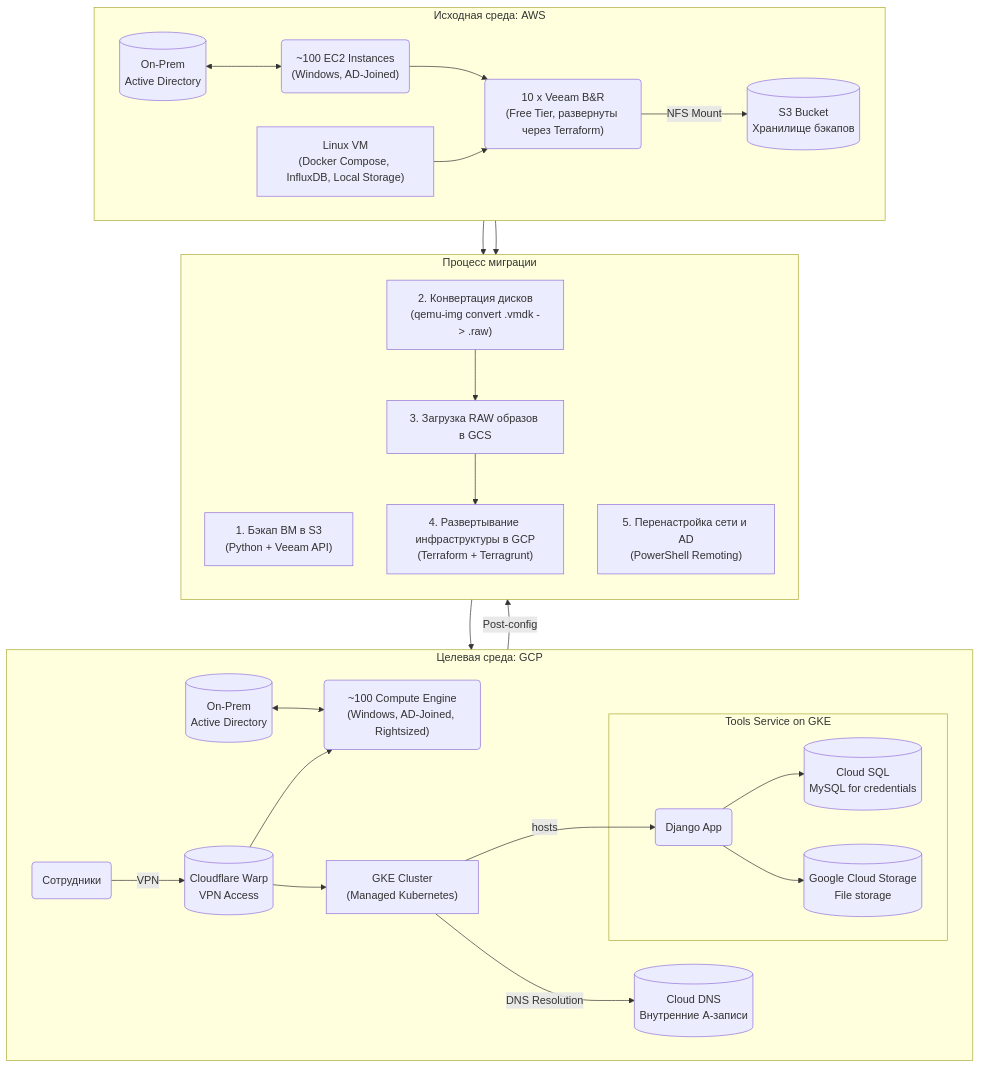
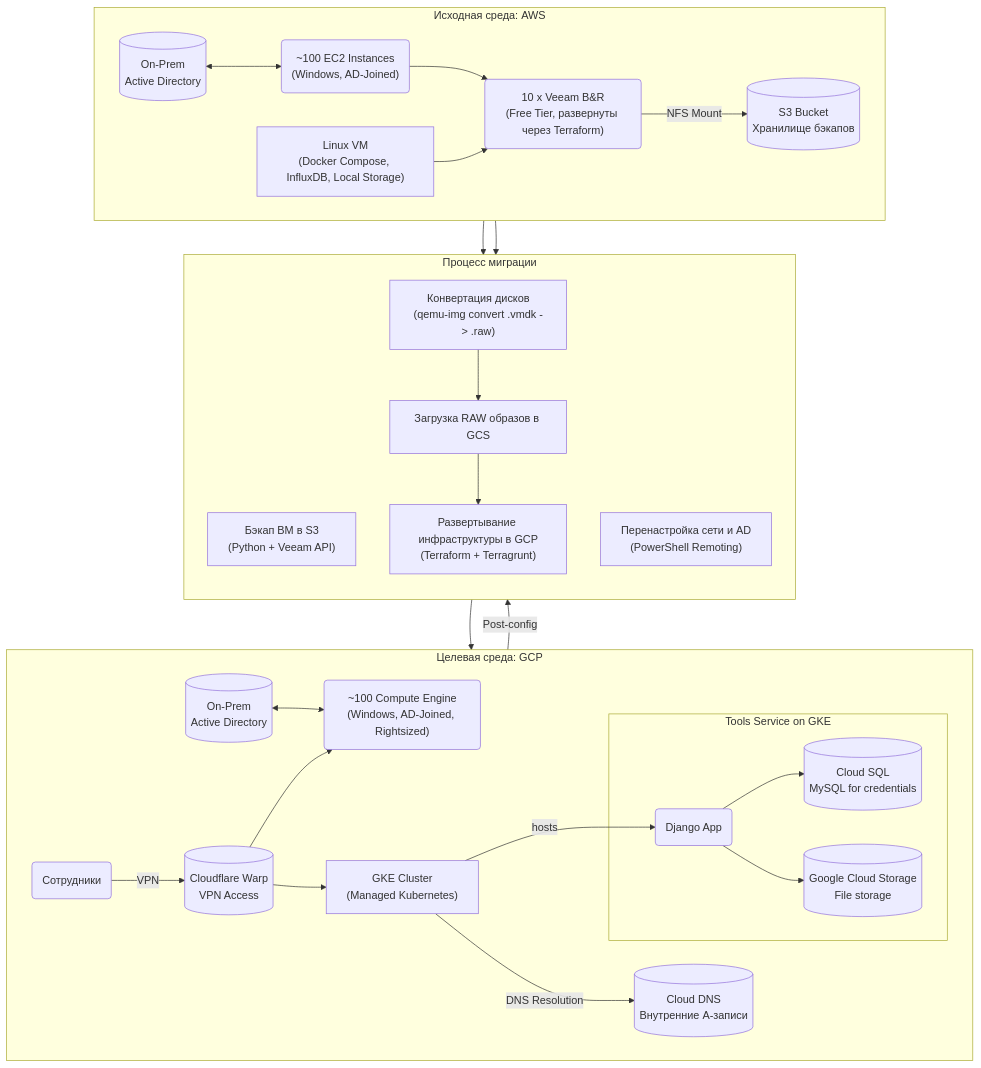
The diagram in README.md (NeverTheSame/Y-TDD), drawn with Mermaid before and after one commit.

````diff
--- a/README.md
+++ b/README.md
@@ -64,56 +64,56 @@
 ```mermaid
 graph TD;
     subgraph "Исходная среда: AWS"
         direction LR
         A_AD[("On-Prem<br>Active Directory")]
         A_EC2("~100 EC2 Instances<br>(Windows, AD-Joined)")
         A_Tools["Linux VM<br>(Docker Compose, InfluxDB, Local Storage)"]
         A_Veeam("10 x Veeam B&R<br>(Free Tier, развернуты через Terraform)")
         A_S3[("S3 Bucket<br>Хранилище бэкапов")]
 
         A_AD <--> A_EC2;
         A_EC2 --> A_Veeam;
         A_Tools --> A_Veeam;
         A_Veeam -- NFS Mount --> A_S3;
     end
 
     subgraph "Целевая среда: GCP"
         direction LR
         G_AD[("On-Prem<br>Active Directory")]
         G_GCE("~100 Compute Engine<br>(Windows, AD-Joined, Rightsized)")
         G_GKE["GKE Cluster<br>(Managed Kubernetes)"]
         G_CloudSQL[("Cloud SQL<br>MySQL for credentials")]
         G_GCS[("Google Cloud Storage<br>File storage")]
         G_CloudDNS[("Cloud DNS<br>Внутренние A-записи")]
         G_Warp[("Cloudflare Warp<br>VPN Access")]
 
         subgraph "Tools Service on GKE"
             G_Django("Django App")
             G_Django --> G_CloudSQL;
             G_Django --> G_GCS;
         end
 
         G_GKE -- hosts --> G_Django;
         G_AD <--> G_GCE;
         G_Users("Сотрудники") -- VPN --> G_Warp;
         G_Warp --> G_GCE;
         G_Warp --> G_GKE;
         G_GKE -- DNS Resolution --> G_CloudDNS;
     end
 
     subgraph "Процесс миграции"
         direction TB
-        P1["1. Бэкап ВМ в S3<br>(Python + Veeam API)"]
-        P2["2. Конвертация дисков<br>(qemu-img convert .vmdk -> .raw)"]
-        P3["3. Загрузка RAW образов в GCS"]
-        P4["4. Развертывание инфраструктуры в GCP<br>(Terraform + Terragrunt)"]
-        P5["5. Перенастройка сети и AD<br>(PowerShell Remoting)"]
+        P1["Бэкап ВМ в S3<br>(Python + Veeam API)"]
+        P2["Конвертация дисков<br>(qemu-img convert .vmdk -> .raw)"]
+        P3["Загрузка RAW образов в GCS"]
+        P4["Развертывание инфраструктуры в GCP<br>(Terraform + Terragrunt)"]
+        P5["Перенастройка сети и AD<br>(PowerShell Remoting)"]
     end
 
     A_S3 --> P1;
     A_S3 --> P2;
     P2 --> P3;
     P3 --> P4;
     P4 --> G_GCE;
     G_GCE -- Post-config --> P5;
 ```
````
